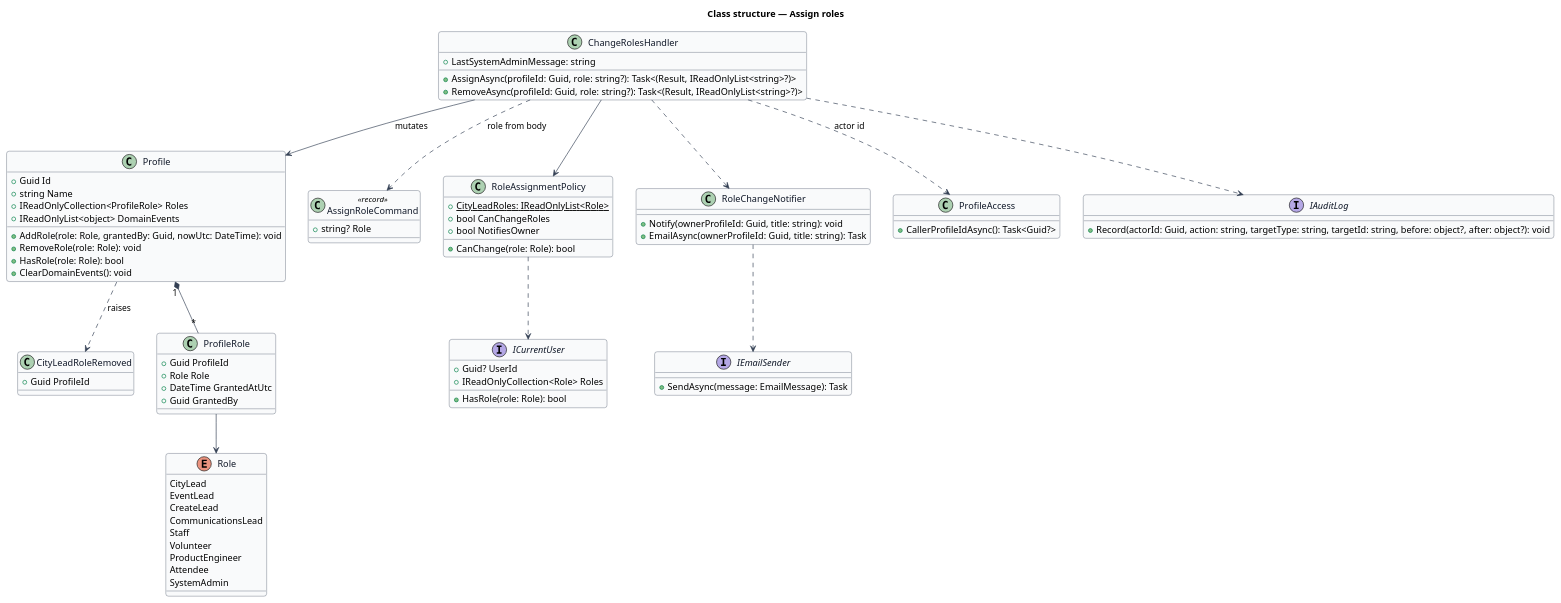
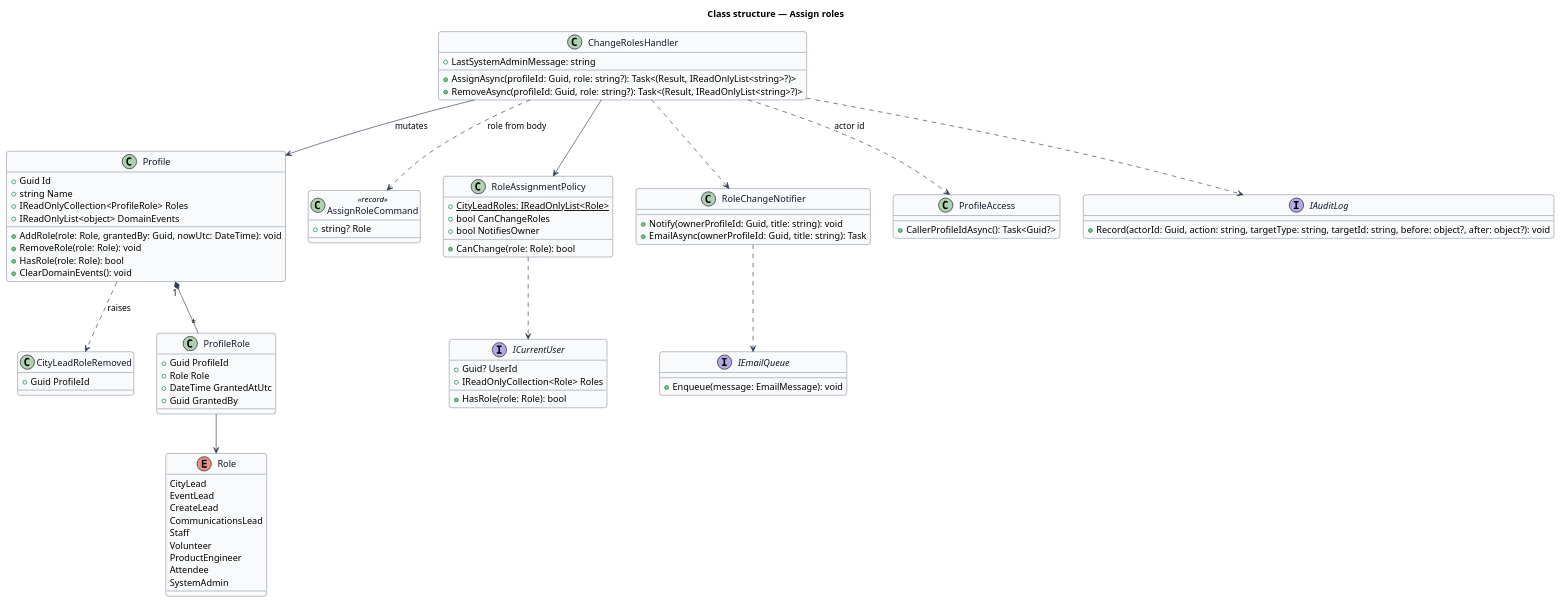
Before and after one commit to QuinntyneBrown/faithtech-community: the diagram in docs/detailed-designs/admin/assign-roles/diagrams/class-structure.puml, drawn with PlantUML. The commit also changed 50 other files, not shown here.

```diff
--- a/docs/detailed-designs/admin/assign-roles/diagrams/class-structure.puml
+++ b/docs/detailed-designs/admin/assign-roles/diagrams/class-structure.puml
@@ -1,86 +1,86 @@
 @startuml
 skinparam backgroundColor #FFFFFF
 skinparam shadowing false
 skinparam roundcorner 8
 skinparam defaultFontName Arial
 skinparam ArrowColor #344054
 skinparam class {
   BorderColor #344054
   FontColor #101828
   BackgroundColor #F9FAFB
 }
 title Class structure — Assign roles
 enum Role {
   CityLead
   EventLead
   CreateLead
   CommunicationsLead
   Staff
   Volunteer
   ProductEngineer
   Attendee
   SystemAdmin
 }
 class Profile {
   +Guid Id
   +string Name
   +IReadOnlyCollection<ProfileRole> Roles
   +IReadOnlyList<object> DomainEvents
   +AddRole(role: Role, grantedBy: Guid, nowUtc: DateTime): void
   +RemoveRole(role: Role): void
   +HasRole(role: Role): bool
   +ClearDomainEvents(): void
 }
 class CityLeadRoleRemoved {
   +Guid ProfileId
 }
 class ProfileRole {
   +Guid ProfileId
   +Role Role
   +DateTime GrantedAtUtc
   +Guid GrantedBy
 }
 class AssignRoleCommand <<record>> {
   +string? Role
 }
 class RoleAssignmentPolicy {
   +{static} CityLeadRoles: IReadOnlyList<Role>
   +bool CanChangeRoles
   +bool NotifiesOwner
   +CanChange(role: Role): bool
 }
 class ChangeRolesHandler {
   +LastSystemAdminMessage: string
   +AssignAsync(profileId: Guid, role: string?): Task<(Result, IReadOnlyList<string>?)>
   +RemoveAsync(profileId: Guid, role: string?): Task<(Result, IReadOnlyList<string>?)>
 }
 class RoleChangeNotifier {
   +Notify(ownerProfileId: Guid, title: string): void
   +EmailAsync(ownerProfileId: Guid, title: string): Task
 }
 class ProfileAccess {
   +CallerProfileIdAsync(): Task<Guid?>
 }
 interface ICurrentUser {
   +Guid? UserId
   +IReadOnlyCollection<Role> Roles
   +HasRole(role: Role): bool
 }
 interface IAuditLog {
   +Record(actorId: Guid, action: string, targetType: string, targetId: string, before: object?, after: object?): void
 }
-interface IEmailSender {
-  +SendAsync(message: EmailMessage): Task
+interface IEmailQueue {
+  +Enqueue(message: EmailMessage): void
 }
 Profile "1" *-- "*" ProfileRole
 ProfileRole --> Role
 Profile ..> CityLeadRoleRemoved : raises
 ChangeRolesHandler ..> AssignRoleCommand : role from body
 ChangeRolesHandler --> RoleAssignmentPolicy
 ChangeRolesHandler --> Profile : mutates
 ChangeRolesHandler ..> ProfileAccess : actor id
 ChangeRolesHandler ..> IAuditLog
 ChangeRolesHandler ..> RoleChangeNotifier
 RoleAssignmentPolicy ..> ICurrentUser
-RoleChangeNotifier ..> IEmailSender
+RoleChangeNotifier ..> IEmailQueue
 @enduml
```
